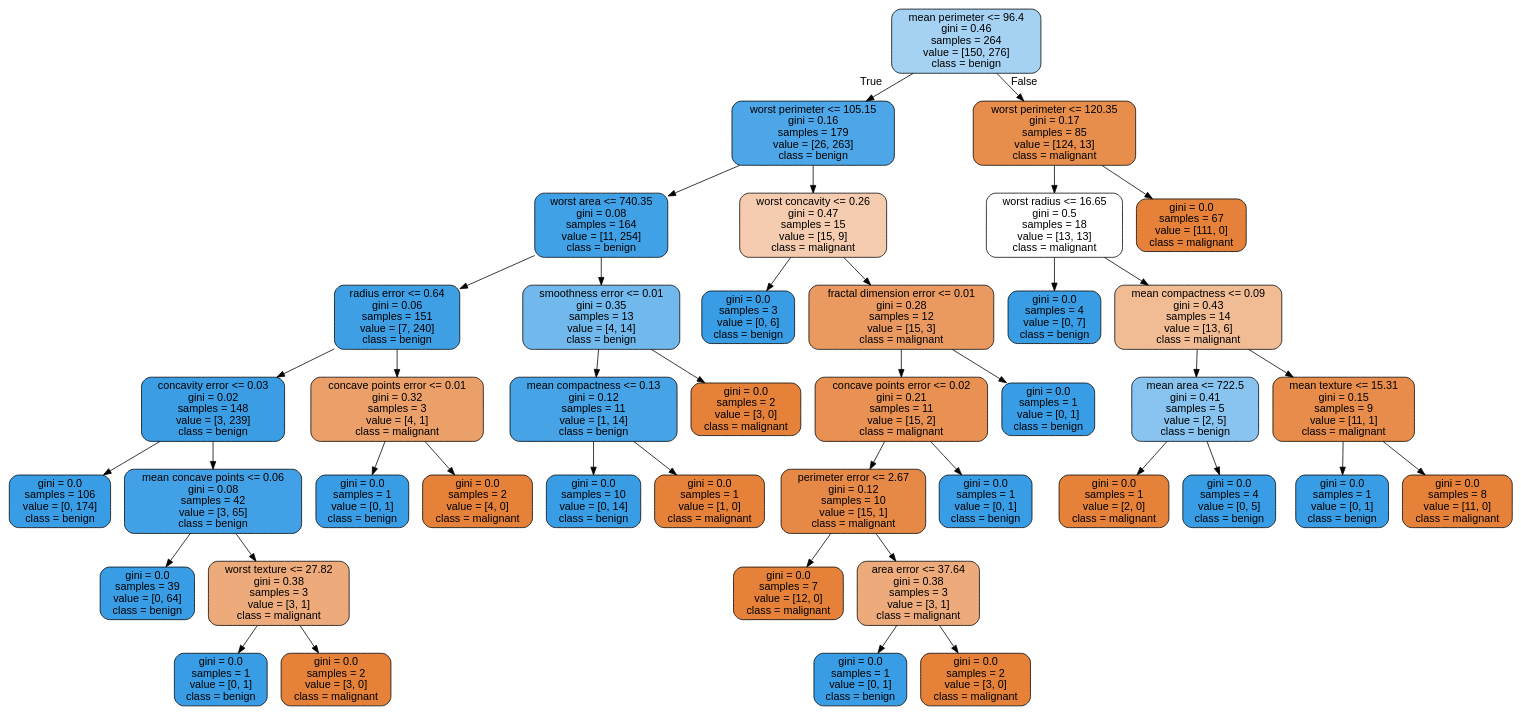
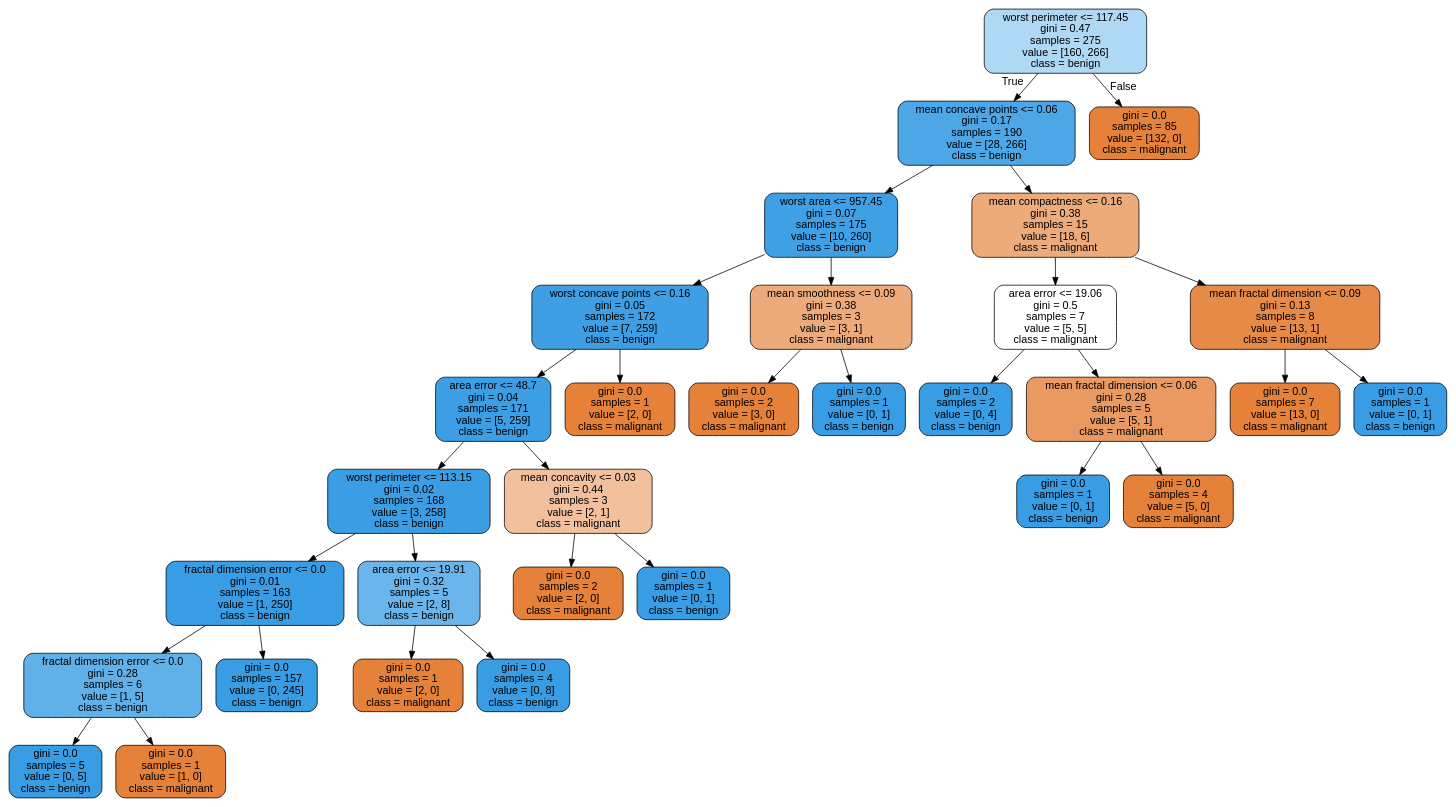
One commit to cyrilvincent/ML changed the diagram in src/tree.dot. Above: the diagram before and after it, drawn with Graphviz. The commit also changed 19 other files, not shown here.

```diff
--- a/src/tree.dot
+++ b/src/tree.dot
@@ -1,85 +1,65 @@
 digraph Tree {
 node [shape=box, style="filled, rounded", color="black", fontname=helvetica] ;
 edge [fontname=helvetica] ;
-0 [label="mean perimeter <= 96.4\ngini = 0.46\nsamples = 264\nvalue = [150, 276]\nclass = benign", fillcolor="#399de574"] ;
-1 [label="worst perimeter <= 105.15\ngini = 0.16\nsamples = 179\nvalue = [26, 263]\nclass = benign", fillcolor="#399de5e6"] ;
+0 [label="worst perimeter <= 117.45\ngini = 0.47\nsamples = 275\nvalue = [160, 266]\nclass = benign", fillcolor="#399de566"] ;
+1 [label="mean concave points <= 0.06\ngini = 0.17\nsamples = 190\nvalue = [28, 266]\nclass = benign", fillcolor="#399de5e4"] ;
 0 -> 1 [labeldistance=2.5, labelangle=45, headlabel="True"] ;
-2 [label="worst area <= 740.35\ngini = 0.08\nsamples = 164\nvalue = [11, 254]\nclass = benign", fillcolor="#399de5f4"] ;
+2 [label="worst area <= 957.45\ngini = 0.07\nsamples = 175\nvalue = [10, 260]\nclass = benign", fillcolor="#399de5f5"] ;
 1 -> 2 ;
-3 [label="radius error <= 0.64\ngini = 0.06\nsamples = 151\nvalue = [7, 240]\nclass = benign", fillcolor="#399de5f8"] ;
+3 [label="worst concave points <= 0.16\ngini = 0.05\nsamples = 172\nvalue = [7, 259]\nclass = benign", fillcolor="#399de5f8"] ;
 2 -> 3 ;
-4 [label="concavity error <= 0.03\ngini = 0.02\nsamples = 148\nvalue = [3, 239]\nclass = benign", fillcolor="#399de5fc"] ;
+4 [label="area error <= 48.7\ngini = 0.04\nsamples = 171\nvalue = [5, 259]\nclass = benign", fillcolor="#399de5fa"] ;
 3 -> 4 ;
-5 [label="gini = 0.0\nsamples = 106\nvalue = [0, 174]\nclass = benign", fillcolor="#399de5ff"] ;
+5 [label="worst perimeter <= 113.15\ngini = 0.02\nsamples = 168\nvalue = [3, 258]\nclass = benign", fillcolor="#399de5fc"] ;
 4 -> 5 ;
-6 [label="mean concave points <= 0.06\ngini = 0.08\nsamples = 42\nvalue = [3, 65]\nclass = benign", fillcolor="#399de5f3"] ;
-4 -> 6 ;
-7 [label="gini = 0.0\nsamples = 39\nvalue = [0, 64]\nclass = benign", fillcolor="#399de5ff"] ;
+6 [label="fractal dimension error <= 0.0\ngini = 0.01\nsamples = 163\nvalue = [1, 250]\nclass = benign", fillcolor="#399de5fe"] ;
+5 -> 6 ;
+7 [label="fractal dimension error <= 0.0\ngini = 0.28\nsamples = 6\nvalue = [1, 5]\nclass = benign", fillcolor="#399de5cc"] ;
 6 -> 7 ;
-8 [label="worst texture <= 27.82\ngini = 0.38\nsamples = 3\nvalue = [3, 1]\nclass = malignant", fillcolor="#e58139aa"] ;
-6 -> 8 ;
-9 [label="gini = 0.0\nsamples = 1\nvalue = [0, 1]\nclass = benign", fillcolor="#399de5ff"] ;
-8 -> 9 ;
-10 [label="gini = 0.0\nsamples = 2\nvalue = [3, 0]\nclass = malignant", fillcolor="#e58139ff"] ;
-8 -> 10 ;
-11 [label="concave points error <= 0.01\ngini = 0.32\nsamples = 3\nvalue = [4, 1]\nclass = malignant", fillcolor="#e58139bf"] ;
-3 -> 11 ;
-12 [label="gini = 0.0\nsamples = 1\nvalue = [0, 1]\nclass = benign", fillcolor="#399de5ff"] ;
+8 [label="gini = 0.0\nsamples = 5\nvalue = [0, 5]\nclass = benign", fillcolor="#399de5ff"] ;
+7 -> 8 ;
+9 [label="gini = 0.0\nsamples = 1\nvalue = [1, 0]\nclass = malignant", fillcolor="#e58139ff"] ;
+7 -> 9 ;
+10 [label="gini = 0.0\nsamples = 157\nvalue = [0, 245]\nclass = benign", fillcolor="#399de5ff"] ;
+6 -> 10 ;
+11 [label="area error <= 19.91\ngini = 0.32\nsamples = 5\nvalue = [2, 8]\nclass = benign", fillcolor="#399de5bf"] ;
+5 -> 11 ;
+12 [label="gini = 0.0\nsamples = 1\nvalue = [2, 0]\nclass = malignant", fillcolor="#e58139ff"] ;
 11 -> 12 ;
-13 [label="gini = 0.0\nsamples = 2\nvalue = [4, 0]\nclass = malignant", fillcolor="#e58139ff"] ;
+13 [label="gini = 0.0\nsamples = 4\nvalue = [0, 8]\nclass = benign", fillcolor="#399de5ff"] ;
 11 -> 13 ;
-14 [label="smoothness error <= 0.01\ngini = 0.35\nsamples = 13\nvalue = [4, 14]\nclass = benign", fillcolor="#399de5b6"] ;
-2 -> 14 ;
-15 [label="mean compactness <= 0.13\ngini = 0.12\nsamples = 11\nvalue = [1, 14]\nclass = benign", fillcolor="#399de5ed"] ;
+14 [label="mean concavity <= 0.03\ngini = 0.44\nsamples = 3\nvalue = [2, 1]\nclass = malignant", fillcolor="#e581397f"] ;
+4 -> 14 ;
+15 [label="gini = 0.0\nsamples = 2\nvalue = [2, 0]\nclass = malignant", fillcolor="#e58139ff"] ;
 14 -> 15 ;
-16 [label="gini = 0.0\nsamples = 10\nvalue = [0, 14]\nclass = benign", fillcolor="#399de5ff"] ;
-15 -> 16 ;
-17 [label="gini = 0.0\nsamples = 1\nvalue = [1, 0]\nclass = malignant", fillcolor="#e58139ff"] ;
-15 -> 17 ;
-18 [label="gini = 0.0\nsamples = 2\nvalue = [3, 0]\nclass = malignant", fillcolor="#e58139ff"] ;
-14 -> 18 ;
-19 [label="worst concavity <= 0.26\ngini = 0.47\nsamples = 15\nvalue = [15, 9]\nclass = malignant", fillcolor="#e5813966"] ;
-1 -> 19 ;
-20 [label="gini = 0.0\nsamples = 3\nvalue = [0, 6]\nclass = benign", fillcolor="#399de5ff"] ;
-19 -> 20 ;
-21 [label="fractal dimension error <= 0.01\ngini = 0.28\nsamples = 12\nvalue = [15, 3]\nclass = malignant", fillcolor="#e58139cc"] ;
-19 -> 21 ;
-22 [label="concave points error <= 0.02\ngini = 0.21\nsamples = 11\nvalue = [15, 2]\nclass = malignant", fillcolor="#e58139dd"] ;
+16 [label="gini = 0.0\nsamples = 1\nvalue = [0, 1]\nclass = benign", fillcolor="#399de5ff"] ;
+14 -> 16 ;
+17 [label="gini = 0.0\nsamples = 1\nvalue = [2, 0]\nclass = malignant", fillcolor="#e58139ff"] ;
+3 -> 17 ;
+18 [label="mean smoothness <= 0.09\ngini = 0.38\nsamples = 3\nvalue = [3, 1]\nclass = malignant", fillcolor="#e58139aa"] ;
+2 -> 18 ;
+19 [label="gini = 0.0\nsamples = 2\nvalue = [3, 0]\nclass = malignant", fillcolor="#e58139ff"] ;
+18 -> 19 ;
+20 [label="gini = 0.0\nsamples = 1\nvalue = [0, 1]\nclass = benign", fillcolor="#399de5ff"] ;
+18 -> 20 ;
+21 [label="mean compactness <= 0.16\ngini = 0.38\nsamples = 15\nvalue = [18, 6]\nclass = malignant", fillcolor="#e58139aa"] ;
+1 -> 21 ;
+22 [label="area error <= 19.06\ngini = 0.5\nsamples = 7\nvalue = [5, 5]\nclass = malignant", fillcolor="#e5813900"] ;
 21 -> 22 ;
-23 [label="perimeter error <= 2.67\ngini = 0.12\nsamples = 10\nvalue = [15, 1]\nclass = malignant", fillcolor="#e58139ee"] ;
+23 [label="gini = 0.0\nsamples = 2\nvalue = [0, 4]\nclass = benign", fillcolor="#399de5ff"] ;
 22 -> 23 ;
-24 [label="gini = 0.0\nsamples = 7\nvalue = [12, 0]\nclass = malignant", fillcolor="#e58139ff"] ;
-23 -> 24 ;
-25 [label="area error <= 37.64\ngini = 0.38\nsamples = 3\nvalue = [3, 1]\nclass = malignant", fillcolor="#e58139aa"] ;
-23 -> 25 ;
-26 [label="gini = 0.0\nsamples = 1\nvalue = [0, 1]\nclass = benign", fillcolor="#399de5ff"] ;
-25 -> 26 ;
-27 [label="gini = 0.0\nsamples = 2\nvalue = [3, 0]\nclass = malignant", fillcolor="#e58139ff"] ;
-25 -> 27 ;
-28 [label="gini = 0.0\nsamples = 1\nvalue = [0, 1]\nclass = benign", fillcolor="#399de5ff"] ;
-22 -> 28 ;
+24 [label="mean fractal dimension <= 0.06\ngini = 0.28\nsamples = 5\nvalue = [5, 1]\nclass = malignant", fillcolor="#e58139cc"] ;
+22 -> 24 ;
+25 [label="gini = 0.0\nsamples = 1\nvalue = [0, 1]\nclass = benign", fillcolor="#399de5ff"] ;
+24 -> 25 ;
+26 [label="gini = 0.0\nsamples = 4\nvalue = [5, 0]\nclass = malignant", fillcolor="#e58139ff"] ;
+24 -> 26 ;
+27 [label="mean fractal dimension <= 0.09\ngini = 0.13\nsamples = 8\nvalue = [13, 1]\nclass = malignant", fillcolor="#e58139eb"] ;
+21 -> 27 ;
+28 [label="gini = 0.0\nsamples = 7\nvalue = [13, 0]\nclass = malignant", fillcolor="#e58139ff"] ;
+27 -> 28 ;
 29 [label="gini = 0.0\nsamples = 1\nvalue = [0, 1]\nclass = benign", fillcolor="#399de5ff"] ;
-21 -> 29 ;
-30 [label="worst perimeter <= 120.35\ngini = 0.17\nsamples = 85\nvalue = [124, 13]\nclass = malignant", fillcolor="#e58139e4"] ;
+27 -> 29 ;
+30 [label="gini = 0.0\nsamples = 85\nvalue = [132, 0]\nclass = malignant", fillcolor="#e58139ff"] ;
 0 -> 30 [labeldistance=2.5, labelangle=-45, headlabel="False"] ;
-31 [label="worst radius <= 16.65\ngini = 0.5\nsamples = 18\nvalue = [13, 13]\nclass = malignant", fillcolor="#e5813900"] ;
-30 -> 31 ;
-32 [label="gini = 0.0\nsamples = 4\nvalue = [0, 7]\nclass = benign", fillcolor="#399de5ff"] ;
-31 -> 32 ;
-33 [label="mean compactness <= 0.09\ngini = 0.43\nsamples = 14\nvalue = [13, 6]\nclass = malignant", fillcolor="#e5813989"] ;
-31 -> 33 ;
-34 [label="mean area <= 722.5\ngini = 0.41\nsamples = 5\nvalue = [2, 5]\nclass = benign", fillcolor="#399de599"] ;
-33 -> 34 ;
-35 [label="gini = 0.0\nsamples = 1\nvalue = [2, 0]\nclass = malignant", fillcolor="#e58139ff"] ;
-34 -> 35 ;
-36 [label="gini = 0.0\nsamples = 4\nvalue = [0, 5]\nclass = benign", fillcolor="#399de5ff"] ;
-34 -> 36 ;
-37 [label="mean texture <= 15.31\ngini = 0.15\nsamples = 9\nvalue = [11, 1]\nclass = malignant", fillcolor="#e58139e8"] ;
-33 -> 37 ;
-38 [label="gini = 0.0\nsamples = 1\nvalue = [0, 1]\nclass = benign", fillcolor="#399de5ff"] ;
-37 -> 38 ;
-39 [label="gini = 0.0\nsamples = 8\nvalue = [11, 0]\nclass = malignant", fillcolor="#e58139ff"] ;
-37 -> 39 ;
-40 [label="gini = 0.0\nsamples = 67\nvalue = [111, 0]\nclass = malignant", fillcolor="#e58139ff"] ;
-30 -> 40 ;
 }
```
